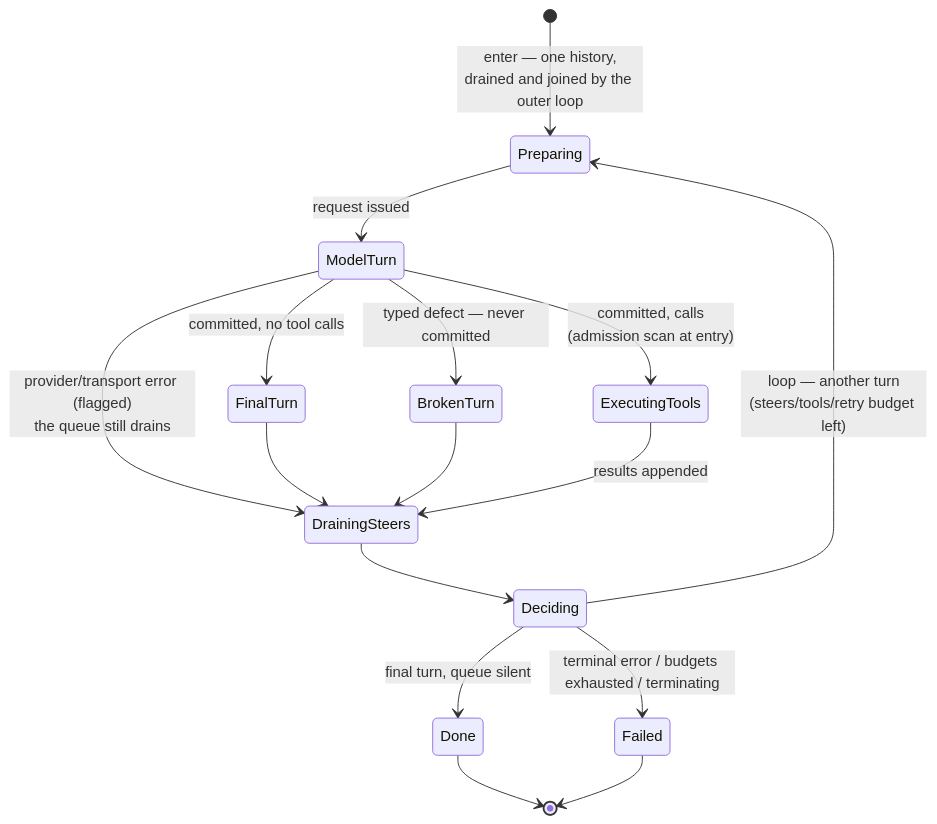
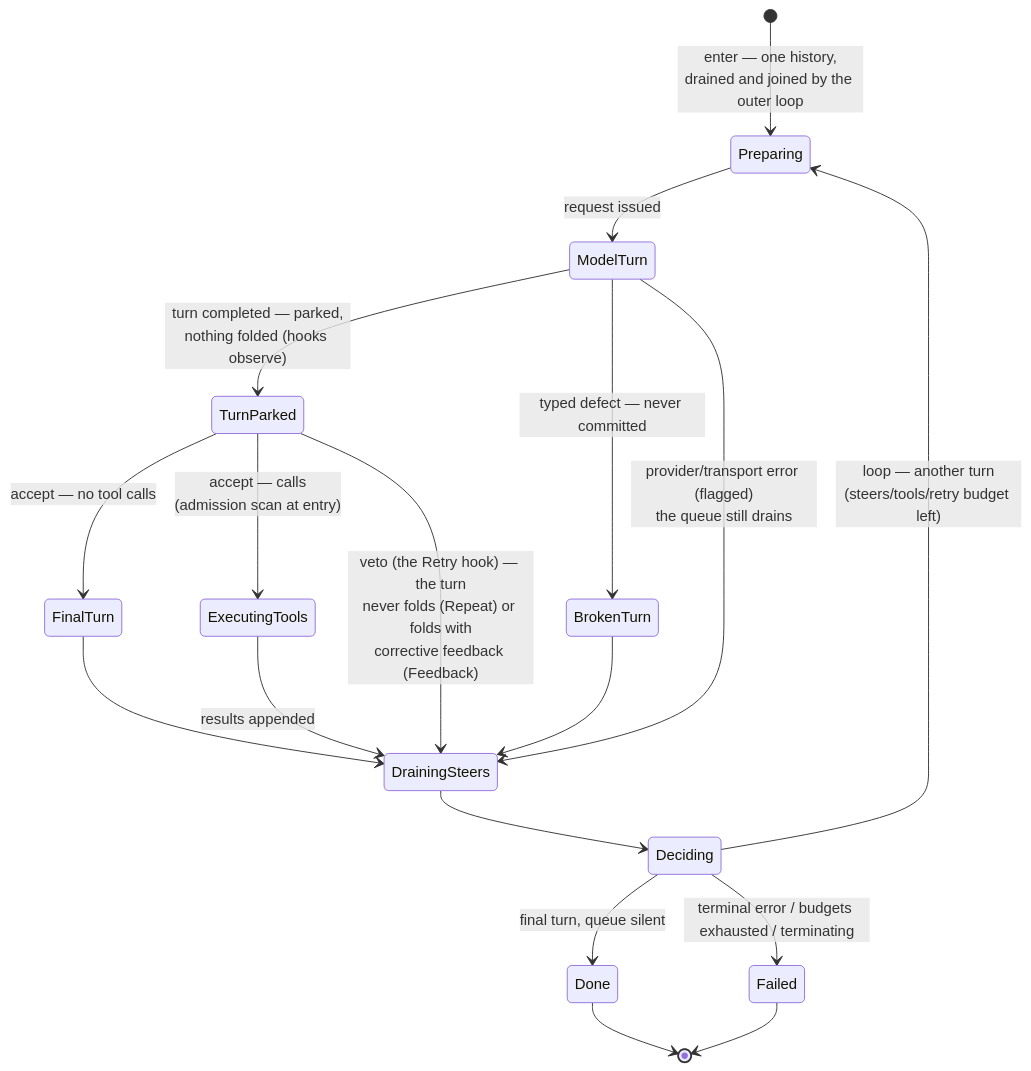
Before and after one commit to JerryAZR/tabit: the second of 2 diagrams in ENGINE.md, drawn with Mermaid. The commit also changed other lines of this file and 35 other files, not shown here.

````diff
--- a/ENGINE.md
+++ b/ENGINE.md
@@ -164,18 +165,20 @@
 ```mermaid
 stateDiagram-v2
     [*] --> Preparing : enter — one history,<br/>drained and joined by the outer loop
     Preparing --> ModelTurn : request issued
-    ModelTurn --> FinalTurn : committed, no tool calls
+    ModelTurn --> TurnParked : turn completed — parked,<br/>nothing folded (hooks observe)
     ModelTurn --> BrokenTurn : typed defect — never committed
-    ModelTurn --> ExecutingTools : committed, calls<br/>(admission scan at entry)
     ModelTurn --> DrainingSteers : provider/transport error (flagged)<br/>the queue still drains
+    TurnParked --> FinalTurn : accept — no tool calls
+    TurnParked --> ExecutingTools : accept — calls<br/>(admission scan at entry)
+    TurnParked --> DrainingSteers : veto (the Retry hook) — the turn<br/>never folds (Repeat) or folds with<br/>corrective feedback (Feedback)
+    BrokenTurn --> DrainingSteers
     FinalTurn --> DrainingSteers
-    BrokenTurn --> DrainingSteers
     ExecutingTools --> DrainingSteers : results appended
     DrainingSteers --> Deciding
     Deciding --> Preparing : loop — another turn<br/>(steers/tools/retry budget left)
     Deciding --> Done : final turn, queue silent
     Deciding --> Failed : terminal error / budgets exhausted / terminating
     Done --> [*]
     Failed --> [*]
 ```
````
